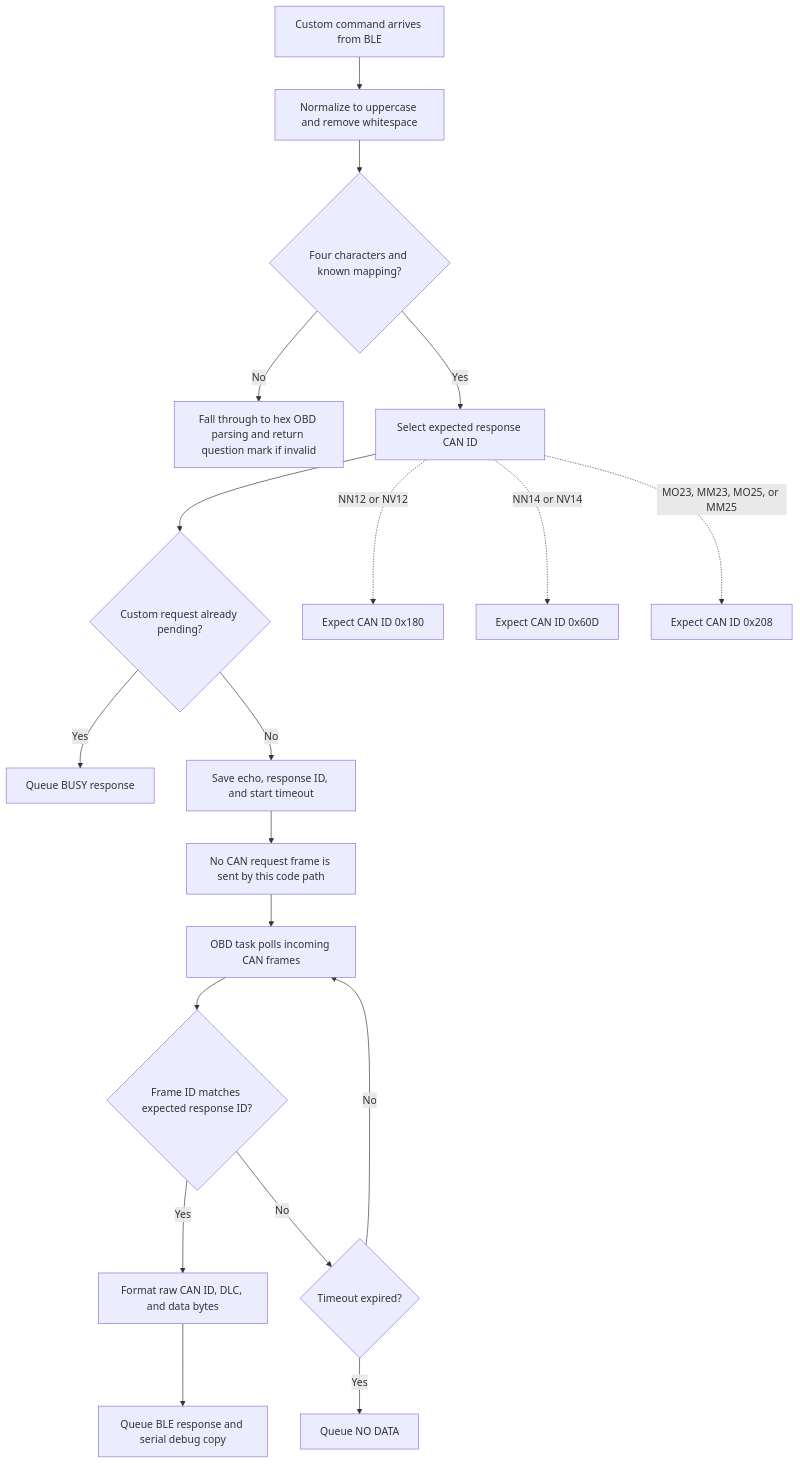
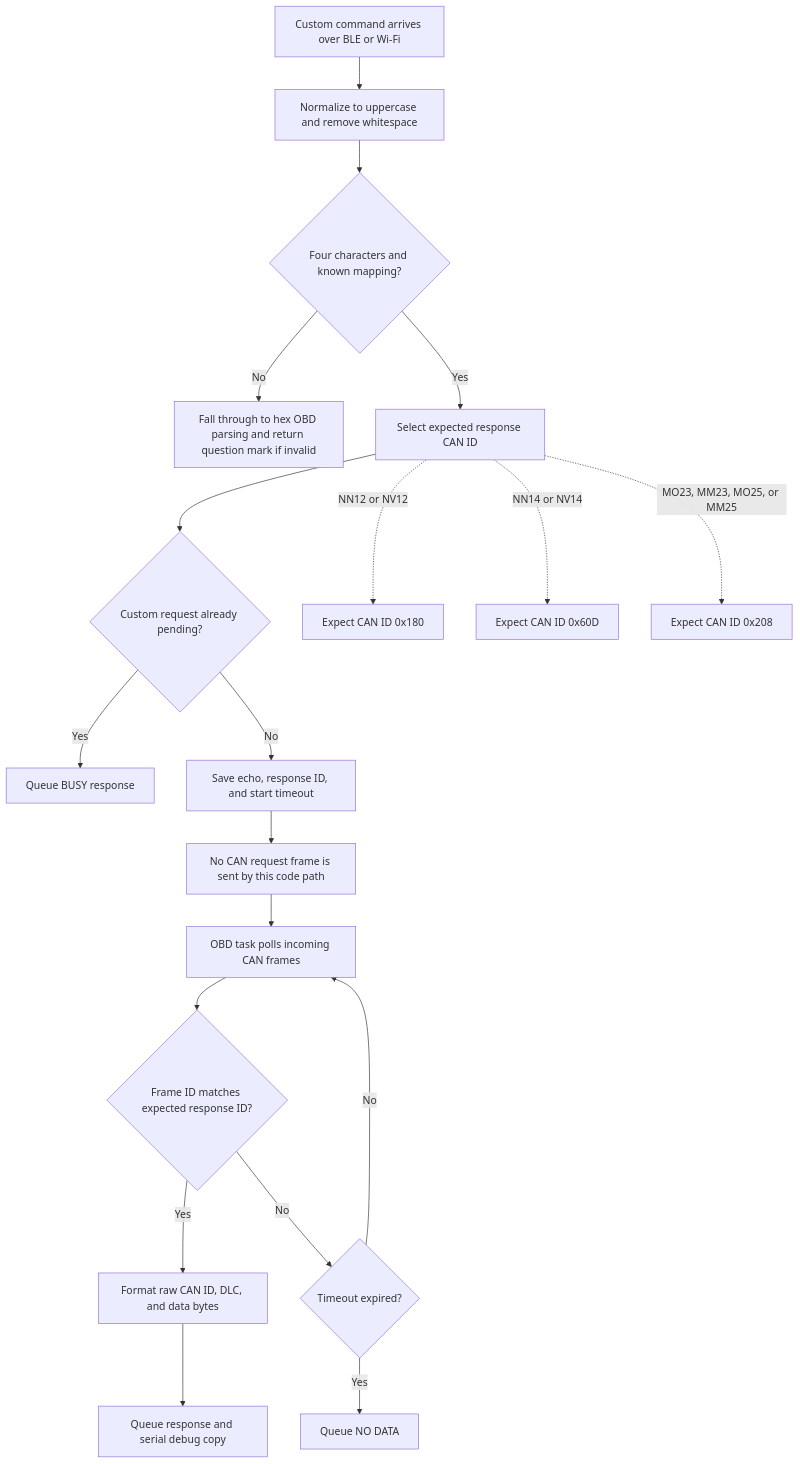
Before and after one commit to ASTI-ITS/ITS-test: the seventh of 7 diagrams in OBD_BLE_FreeRTOS_C/flowchart.md, drawn with Mermaid. The commit also changed other lines of this file and 1 other file, not shown here.

Commit message:
updated flowcharts to reflect change mode

````diff
--- a/OBD_BLE_FreeRTOS_C/flowchart.md
+++ b/OBD_BLE_FreeRTOS_C/flowchart.md
@@ -147,22 +154,22 @@
 ```mermaid
 graph TD
-    A[Custom command arrives from BLE] --> B[Normalize to uppercase and remove whitespace]
+    A[Custom command arrives over BLE or Wi-Fi] --> B[Normalize to uppercase and remove whitespace]
     B --> C{Four characters and known mapping?}
     C -- No --> D[Fall through to hex OBD parsing and return question mark if invalid]
     C -- Yes --> E[Select expected response CAN ID]
     E --> F{Custom request already pending?}
     F -- Yes --> G[Queue BUSY response]
     F -- No --> H[Save echo, response ID, and start timeout]
     H --> I[No CAN request frame is sent by this code path]
     I --> J[OBD task polls incoming CAN frames]
     J --> K{Frame ID matches expected response ID?}
     K -- Yes --> L[Format raw CAN ID, DLC, and data bytes]
-    L --> M[Queue BLE response and serial debug copy]
+    L --> M[Queue response and serial debug copy]
     K -- No --> N{Timeout expired?}
     N -- No --> J
     N -- Yes --> O[Queue NO DATA]
 
     E -. NN12 or NV12 .-> P[Expect CAN ID 0x180]
     E -. NN14 or NV14 .-> Q[Expect CAN ID 0x60D]
     E -. MO23, MM23, MO25, or MM25 .-> R[Expect CAN ID 0x208]
 ```
````
